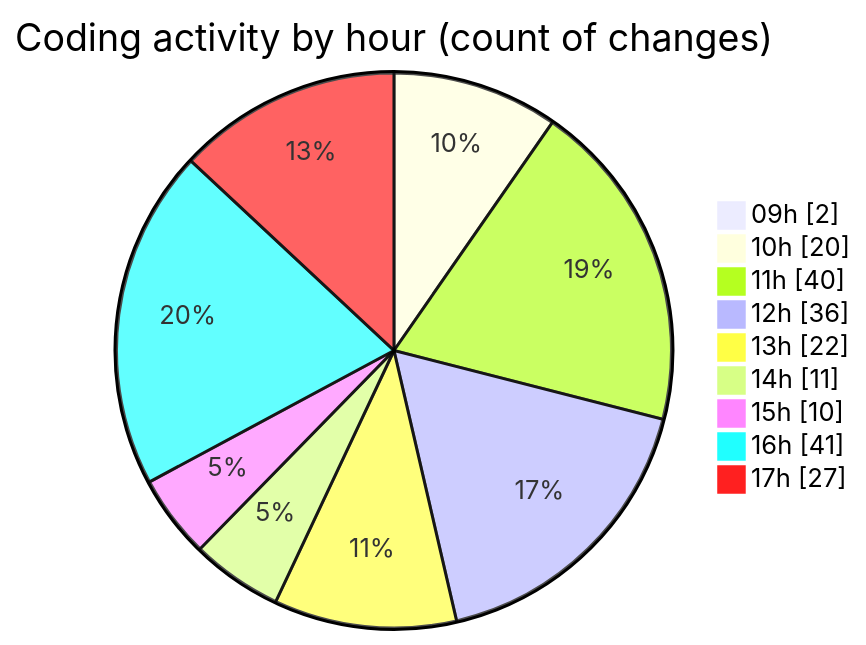
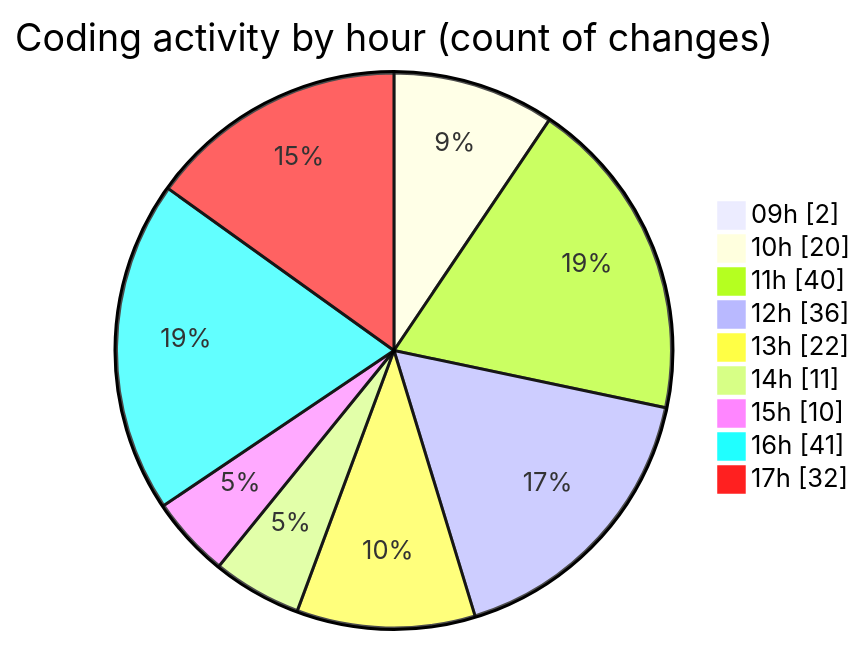
Before and after one commit to momahboobian/code-tracking: the second of 2 diagrams in 2025-06-13/cda/README.md, drawn with Mermaid. The commit also changed other lines of this file and 1 other file, not shown here.

````diff
--- a/2025-06-13/cda/README.md
+++ b/2025-06-13/cda/README.md
@@ -50,13 +50,13 @@
 ```mermaid
 pie showData
 title Coding activity by hour (count of changes)
 "09h" : 2
 "10h" : 20
 "11h" : 40
 "12h" : 36
 "13h" : 22
 "14h" : 11
 "15h" : 10
 "16h" : 41
-"17h" : 27
+"17h" : 32
 ```
````
